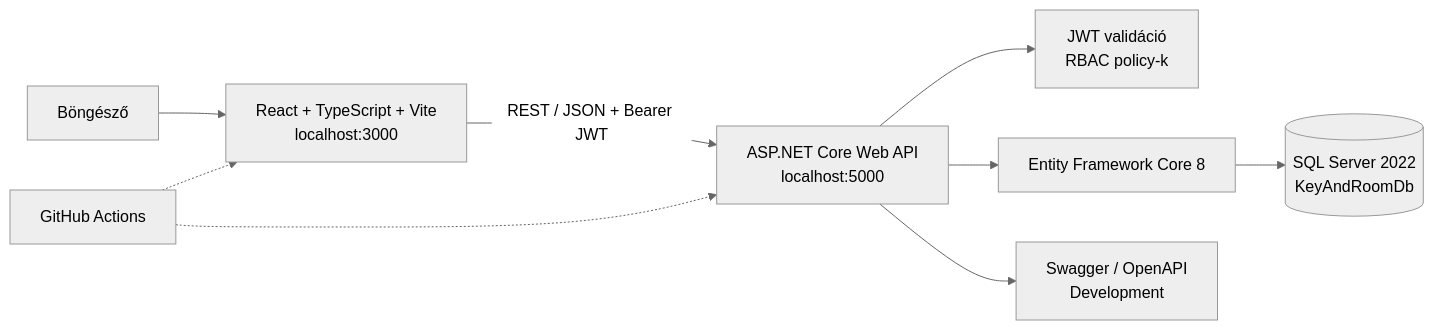
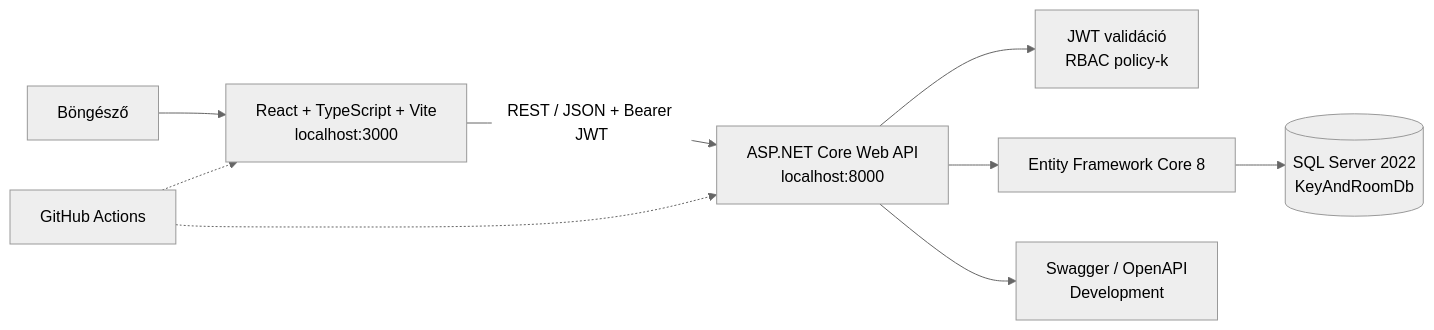
Before and after one commit to CsKitti24/ProjektLabor: the first of 3 diagrams in README.md, drawn with Mermaid (neutral theme). The commit also changed other lines of this file and 5 other files, not shown here.

````diff
--- a/README.md
+++ b/README.md
@@ -28,11 +28,11 @@
 ```mermaid
 flowchart LR
     Browser["Böngésző"] --> Frontend["React + TypeScript + Vite<br/>localhost:3000"]
-    Frontend -->|REST / JSON + Bearer JWT| API["ASP.NET Core Web API<br/>localhost:5000"]
+    Frontend -->|REST / JSON + Bearer JWT| API["ASP.NET Core Web API<br/>localhost:8000"]
     API --> Auth["JWT validáció<br/>RBAC policy-k"]
     API --> EF["Entity Framework Core 8"]
     EF --> DB[("SQL Server 2022<br/>KeyAndRoomDb")]
     API --> Swagger["Swagger / OpenAPI<br/>Development"]
     CI["GitHub Actions"] -.-> API
     CI -.-> Frontend
 ```
````
